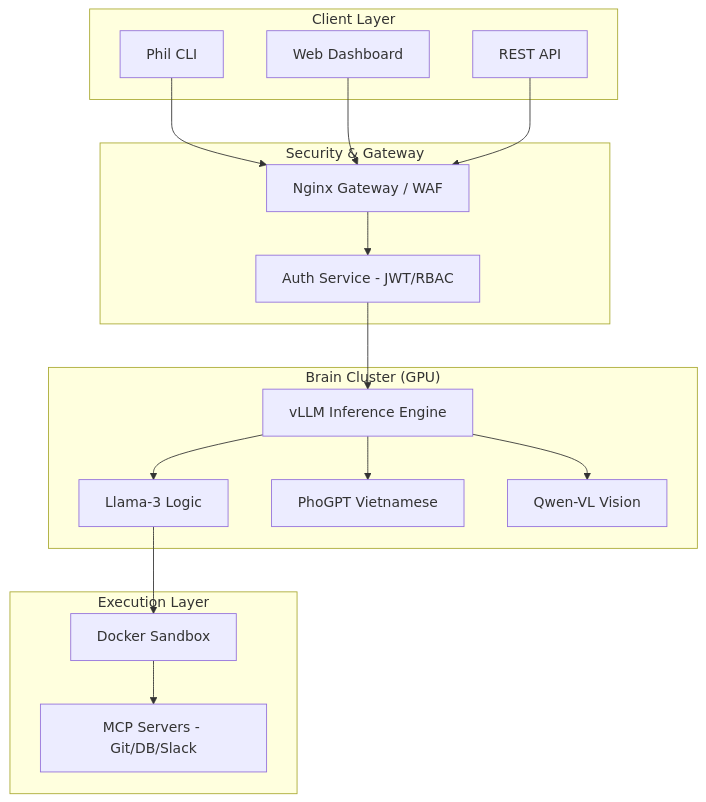
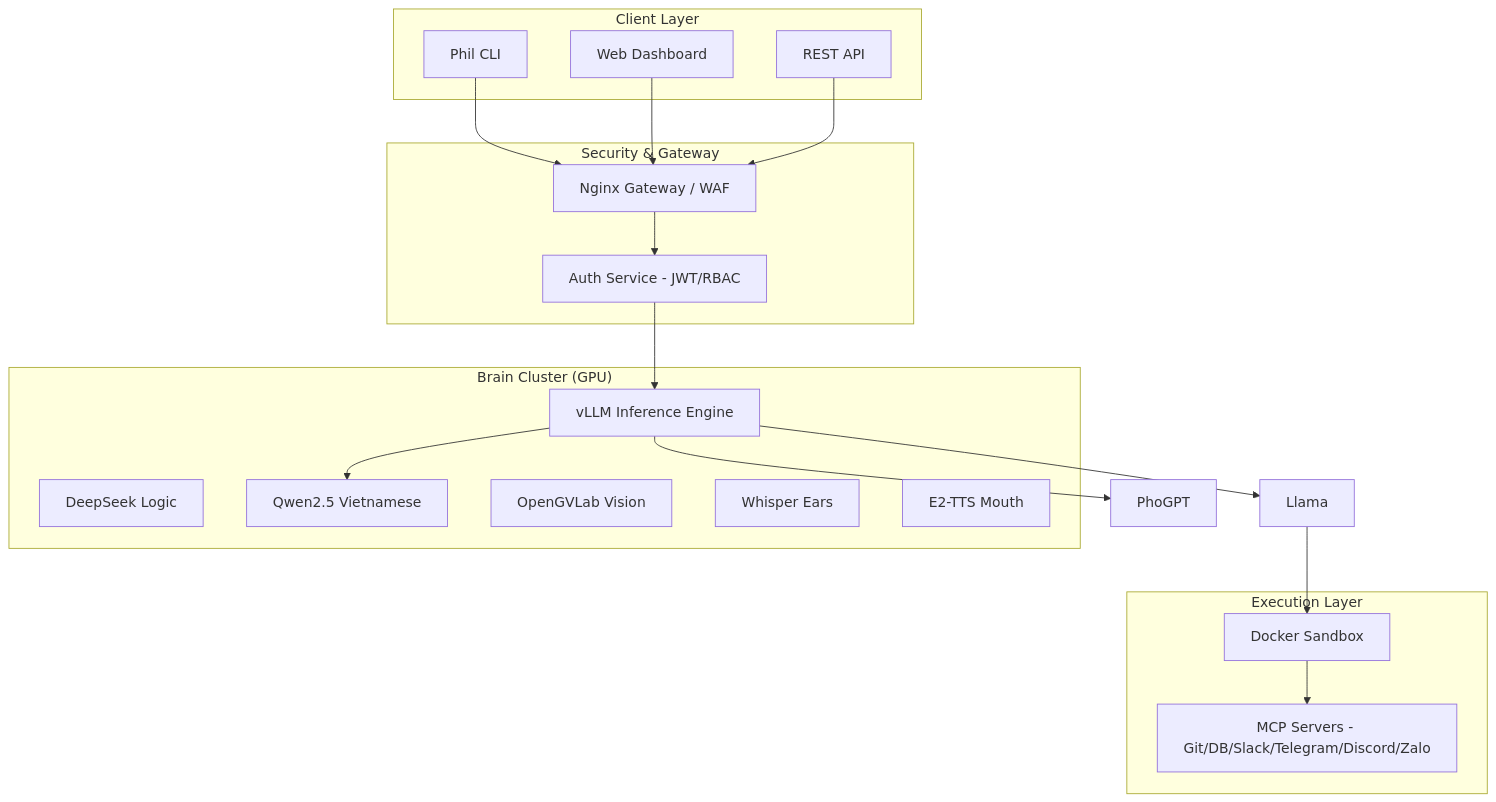
The diagram in README.md (hoang0650/phil-cli), drawn with Mermaid before and after one commit. The commit also changed other lines of this file and 6 other files, not shown here.

````diff
--- a/README.md
+++ b/README.md
@@ -53,32 +53,34 @@
 ```mermaid
 graph TD
     subgraph "Client Layer"
         CLI[Phil CLI]
         Web[Web Dashboard]
         API[REST API]
     end
 
     subgraph "Security & Gateway"
         Nginx[Nginx Gateway / WAF]
         Auth[Auth Service - JWT/RBAC]
     end
 
     subgraph "Brain Cluster (GPU)"
         vLLM[vLLM Inference Engine]
-        Llama[Llama-3 Logic]
-        PhoGPT[PhoGPT Vietnamese]
-        Qwen[Qwen-VL Vision]
+        DeepSeek[DeepSeek Logic]
+        Qwen[Qwen2.5 Vietnamese]
+        OpenGVLab[OpenGVLab Vision]
+        OpenAI[Whisper Ears]
+        F5-TTS[E2-TTS Mouth]
     end
 
     subgraph "Execution Layer"
         Sandbox[Docker Sandbox]
-        MCP[MCP Servers - Git/DB/Slack]
+        MCP[MCP Servers - Git/DB/Slack/Telegram/Discord/Zalo]
     end
 
     CLI & Web & API --> Nginx
     Nginx --> Auth
     Auth --> vLLM
     vLLM --> Llama & PhoGPT & Qwen
     Llama --> Sandbox
     Sandbox --> MCP
 ```
````
